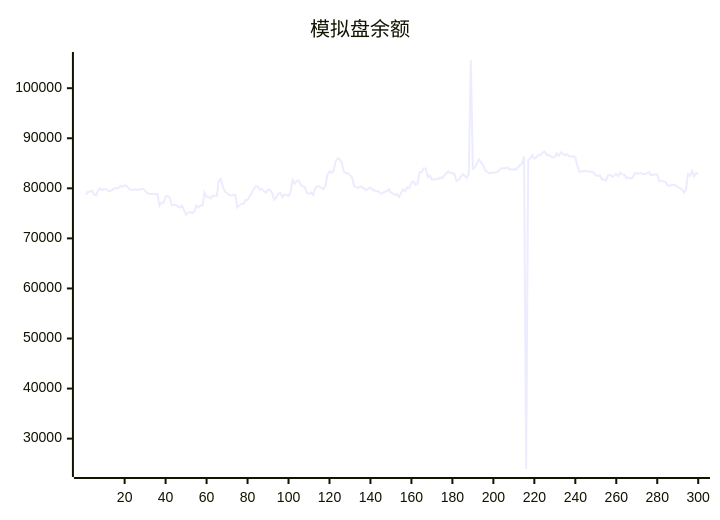
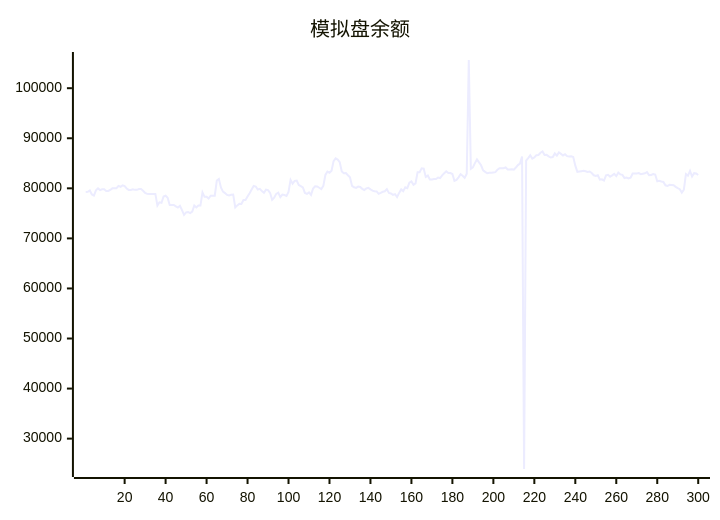
One commit to aahl/ai-trading changed the diagram in README.md. Above: the diagram before and after it, drawn with Mermaid. The commit also changed other lines of this file and 1 other file, not shown here.

````diff
--- a/README.md
+++ b/README.md
@@ -5,5 +5,5 @@
 ```mermaid
 xychart
     title "模拟盘余额"
-    line [78714,79290,79308,79567,78763,78563,79603,79988,79652,79813,79813,79476,79469,79673,79995,80015,80015,80486,80314,80600,80436,79966,79689,79689,79819,79692,79692,79850,79850,79518,79071,78889,78850,78850,78878,78878,76554,77202,77103,78357,78510,78106,76678,76677,76672,76411,76159,76485,75656,74695,75197,75246,75052,75334,76564,76179,76553,76551,79196,78300,78300,77944,78531,78531,78521,81564,81884,80160,79335,79055,78675,78580,78708,78764,76179,76586,76902,76876,77658,77669,78346,79023,79769,80497,80366,79761,79896,79448,79126,79749,79658,79097,77695,78114,78888,79126,78249,78738,78653,78478,79271,81680,80923,81488,81527,80681,80455,80190,79084,78879,79193,78686,79954,80403,80374,80118,79848,80491,82665,83351,83098,83525,85430,85983,85737,85221,83378,83014,83043,82613,82216,80477,80208,80081,80348,80277,79894,79670,79965,80093,79786,79542,79406,79371,78893,79087,79304,79406,79841,79072,78978,78696,78846,78272,79085,79787,79442,80198,80031,81120,81379,80718,80985,83214,83212,83993,83921,82270,82547,81776,81776,81866,81866,82158,82061,82596,83000,83408,83041,83050,82858,81503,81691,82188,82812,82517,82092,82901,105633,83898,84180,85030,85781,85178,84604,83569,83298,83008,83093,83107,83175,83228,83729,84025,84017,84019,84177,83775,83762,83785,83738,84160,84639,84939,86370,23934,85548,86046,86599,85942,86161,86622,86664,87115,87369,86666,86685,86384,86152,86243,86969,86548,87164,86885,86566,86809,86427,86348,86417,86273,84538,83299,83369,83430,83490,83404,83270,83362,83056,82605,82459,82614,81734,81788,81551,82598,82702,82320,82580,82878,82426,83139,82778,82686,82056,82166,81963,82110,82951,82983,82984,83038,82838,82915,82998,83235,82642,82682,82858,82746,81396,81512,81362,81277,80600,80461,80699,80673,80616,80288,80038,79836,79142,79722,82837,82533,83480,82366,83032,82960]
+    line [79290,79308,79567,78763,78563,79603,79988,79652,79813,79813,79476,79469,79673,79995,80015,80015,80486,80314,80600,80436,79966,79689,79689,79819,79692,79692,79850,79850,79518,79071,78889,78850,78850,78878,78878,76554,77202,77103,78357,78510,78106,76678,76677,76672,76411,76159,76485,75656,74695,75197,75246,75052,75334,76564,76179,76553,76551,79196,78300,78300,77944,78531,78531,78521,81564,81884,80160,79335,79055,78675,78580,78708,78764,76179,76586,76902,76876,77658,77669,78346,79023,79769,80497,80366,79761,79896,79448,79126,79749,79658,79097,77695,78114,78888,79126,78249,78738,78653,78478,79271,81680,80923,81488,81527,80681,80455,80190,79084,78879,79193,78686,79954,80403,80374,80118,79848,80491,82665,83351,83098,83525,85430,85983,85737,85221,83378,83014,83043,82613,82216,80477,80208,80081,80348,80277,79894,79670,79965,80093,79786,79542,79406,79371,78893,79087,79304,79406,79841,79072,78978,78696,78846,78272,79085,79787,79442,80198,80031,81120,81379,80718,80985,83214,83212,83993,83921,82270,82547,81776,81776,81866,81866,82158,82061,82596,83000,83408,83041,83050,82858,81503,81691,82188,82812,82517,82092,82901,105633,83898,84180,85030,85781,85178,84604,83569,83298,83008,83093,83107,83175,83228,83729,84025,84017,84019,84177,83775,83762,83785,83738,84160,84639,84939,86370,23934,85548,86046,86599,85942,86161,86622,86664,87115,87369,86666,86685,86384,86152,86243,86969,86548,87164,86885,86566,86809,86427,86348,86417,86273,84538,83299,83369,83430,83490,83404,83270,83362,83056,82605,82459,82614,81734,81788,81551,82598,82702,82320,82580,82878,82426,83139,82778,82686,82056,82166,81963,82110,82951,82983,82984,83038,82838,82915,82998,83235,82642,82682,82858,82746,81396,81512,81362,81277,80600,80461,80699,80673,80616,80288,80038,79836,79142,79722,82837,82533,83480,82366,83032,82960,82654]
 ```
````
